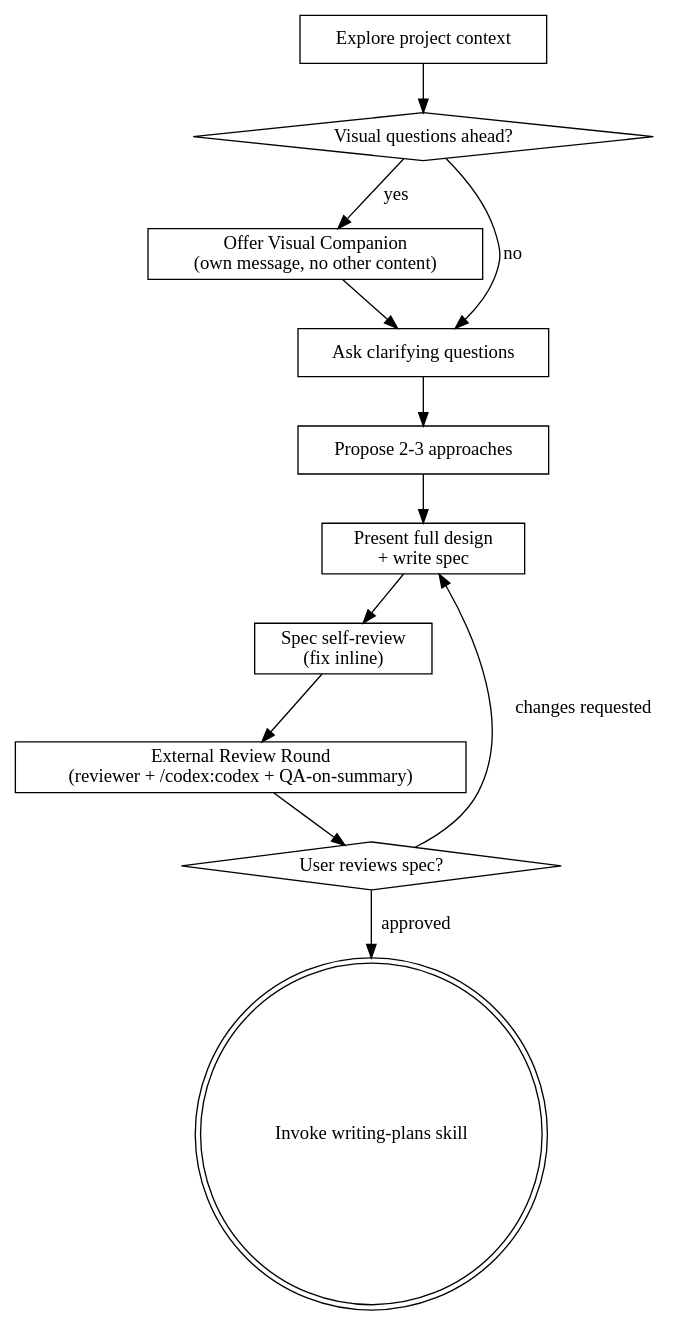
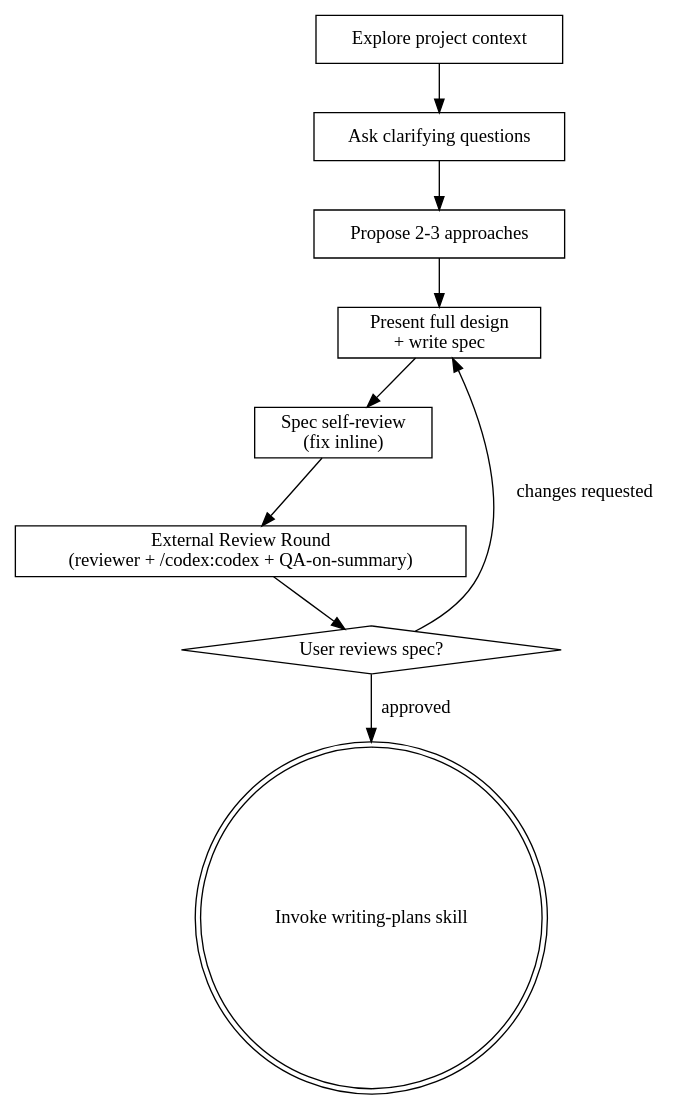
Before and after one commit to koenvdheide/brainstorming-skill: the diagram in skills/brainstorming/SKILL.md, drawn with Graphviz. The commit also changed other lines of this file and 3 other files, not shown here.

Commit message:
remove visual-companion feature (depended on unbundled upstream scripts)

````diff
--- a/skills/brainstorming/SKILL.md
+++ b/skills/brainstorming/SKILL.md
@@ -40,26 +39,21 @@
 ```dot
 digraph brainstorming {
     "Explore project context" [shape=box];
-    "Visual questions ahead?" [shape=diamond];
-    "Offer Visual Companion\n(own message, no other content)" [shape=box];
     "Ask clarifying questions" [shape=box];
     "Propose 2-3 approaches" [shape=box];
     "Present full design\n+ write spec" [shape=box];
     "Spec self-review\n(fix inline)" [shape=box];
     "External Review Round\n(reviewer + /codex:codex + QA-on-summary)" [shape=box];
     "User reviews spec?" [shape=diamond];
     "Invoke writing-plans skill" [shape=doublecircle];
 
-    "Explore project context" -> "Visual questions ahead?";
-    "Visual questions ahead?" -> "Offer Visual Companion\n(own message, no other content)" [label="yes"];
-    "Visual questions ahead?" -> "Ask clarifying questions" [label="no"];
-    "Offer Visual Companion\n(own message, no other content)" -> "Ask clarifying questions";
+    "Explore project context" -> "Ask clarifying questions";
     "Ask clarifying questions" -> "Propose 2-3 approaches";
     "Propose 2-3 approaches" -> "Present full design\n+ write spec";
     "Present full design\n+ write spec" -> "Spec self-review\n(fix inline)";
     "Spec self-review\n(fix inline)" -> "External Review Round\n(reviewer + /codex:codex + QA-on-summary)";
     "External Review Round\n(reviewer + /codex:codex + QA-on-summary)" -> "User reviews spec?";
     "User reviews spec?" -> "Present full design\n+ write spec" [label="changes requested"];
     "User reviews spec?" -> "Invoke writing-plans skill" [label="approved"];
 }
 ```
````
